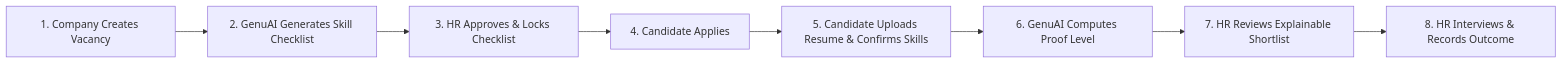
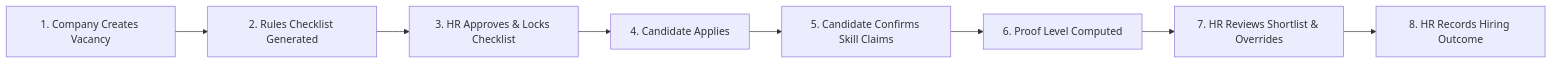
The diagram in docs/PRODUCT_ROADMAP.md (mohamedjabrijs2005/GenuAI-Tech), drawn with Mermaid before and after one commit. The commit also changed other lines of this file and 32 other files, not shown here.

Commit message:
feat(phase1): extract controllers/validators, implement checklist lifecycle, shortlist overrides, and core-flow tests

````diff
--- a/docs/PRODUCT_ROADMAP.md
+++ b/docs/PRODUCT_ROADMAP.md
@@ -11,10 +19,10 @@
 ```mermaid
 flowchart LR
-  A["1. Company Creates Vacancy"] --> B["2. GenuAI Generates Skill Checklist"]
+  A["1. Company Creates Vacancy"] --> B["2. Rules Checklist Generated"]
   B --> C["3. HR Approves & Locks Checklist"]
   C --> D["4. Candidate Applies"]
-  D --> E["5. Candidate Uploads Resume & Confirms Skills"]
-  E --> F["6. GenuAI Computes Proof Level"]
-  F --> G["7. HR Reviews Explainable Shortlist"]
-  G --> H["8. HR Interviews & Records Outcome"]
+  D --> E["5. Candidate Confirms Skill Claims"]
+  E --> F["6. Proof Level Computed"]
+  F --> G["7. HR Reviews Shortlist & Overrides"]
+  G --> H["8. HR Records Hiring Outcome"]
 ```
````
